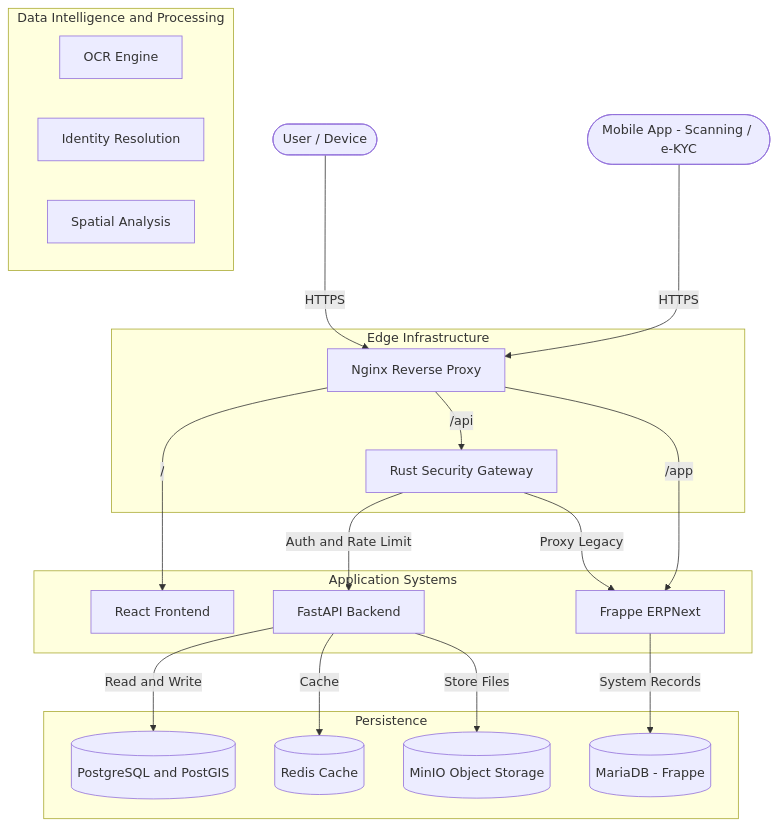
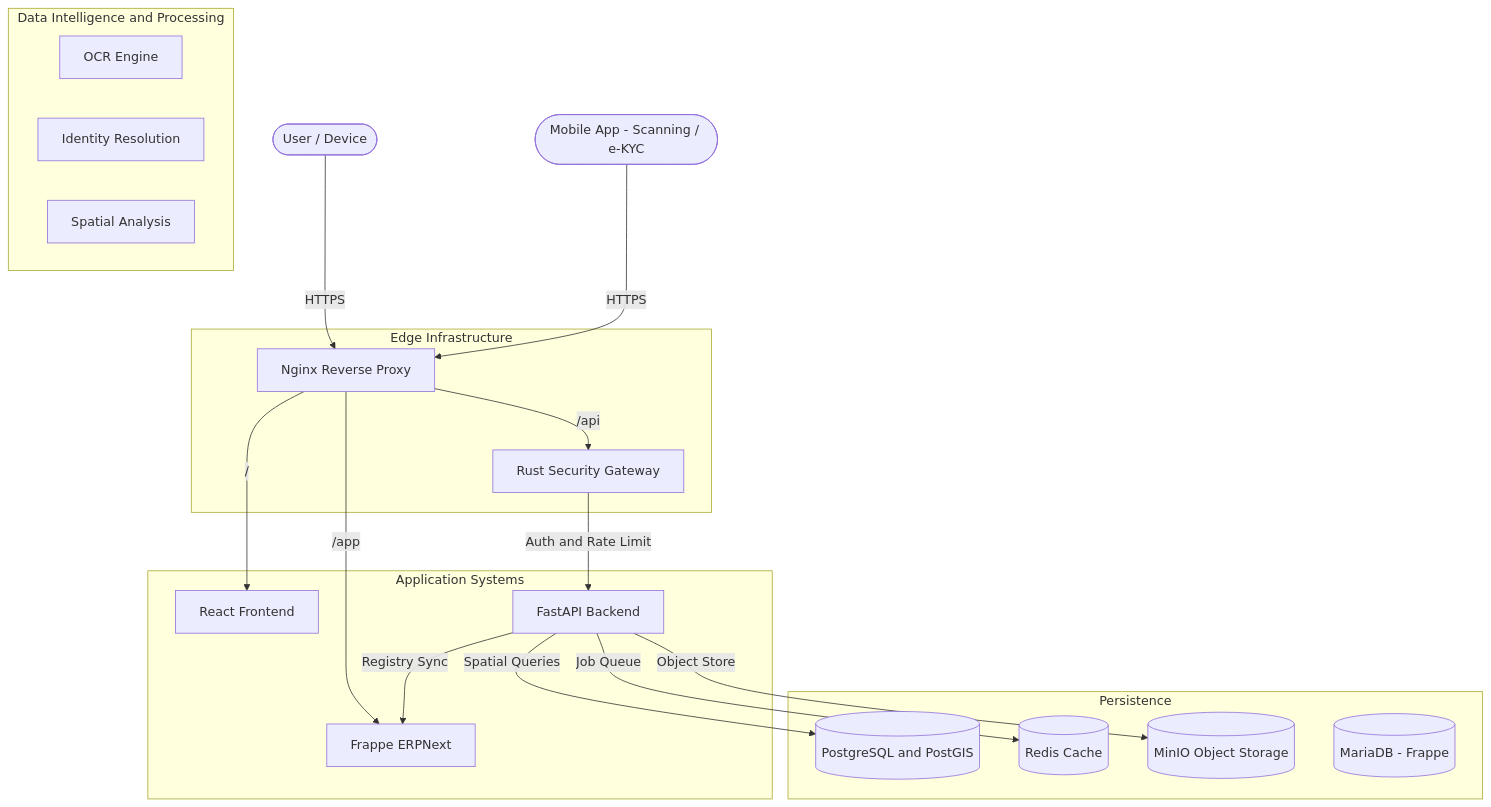
The diagram in documentation/FULL_DOCUMENTATION_ARCHIVE.md (internetartsy/JK), drawn with Mermaid before and after one commit. The commit also changed other lines of this file and 27 other files, not shown here.

````diff
--- a/documentation/FULL_DOCUMENTATION_ARCHIVE.md
+++ b/documentation/FULL_DOCUMENTATION_ARCHIVE.md
@@ -8,51 +8,48 @@
 ```mermaid
 flowchart TD
     %% -- User Layer --
     User(["User / Device"])
     Mobile(["Mobile App - Scanning / e-KYC"])
     
     %% -- Edge Layer --
     subgraph Edge_Infrastructure [Edge Infrastructure]
         Nginx["Nginx Reverse Proxy"]
         Gateway["Rust Security Gateway"]
     end
 
     %% -- Application Layer --
     subgraph App_Layer [Application Systems]
         Frontend["React Frontend"]
         Backend["FastAPI Backend"]
         Frappe["Frappe ERPNext"]
     end
 
     %% -- Data Intelligence Layer --
     subgraph Intelligence [Data Intelligence and Processing]
         OCR_Worker["OCR Engine"]
         KYC_Engine["Identity Resolution"]
         Geo_Engine["Spatial Analysis"]
     end
 
     %% -- Persistence Layer --
     subgraph Data_Layer [Persistence]
         PSQL[("PostgreSQL and PostGIS")]
         Redis[("Redis Cache")]
         MinIO[("MinIO Object Storage")]
         MariaDB[("MariaDB - Frappe")]
     end
 
     %% -- Flows --
     User -->|"HTTPS"| Nginx
     Mobile -->|"HTTPS"| Nginx
 
     Nginx -->|"/"| Frontend
     Nginx -->|"/api"| Gateway
     Nginx -->|"/app"| Frappe
 
     Gateway -->|"Auth and Rate Limit"| Backend
-    Gateway -->|"Proxy Legacy"| Frappe
-    
-    Backend -->|"Read and Write"| PSQL
-    Backend -->|"Cache"| Redis
-    Backend -->|"Store Files"| MinIO
-    
-    Frappe -->|"System Records"| MariaDB
+    Backend -->|"Job Queue"| Redis
+    Backend -->|"Object Store"| MinIO
+    Backend -->|"Spatial Queries"| PSQL
+    Backend -->|"Registry Sync"| Frappe
 ```
````
